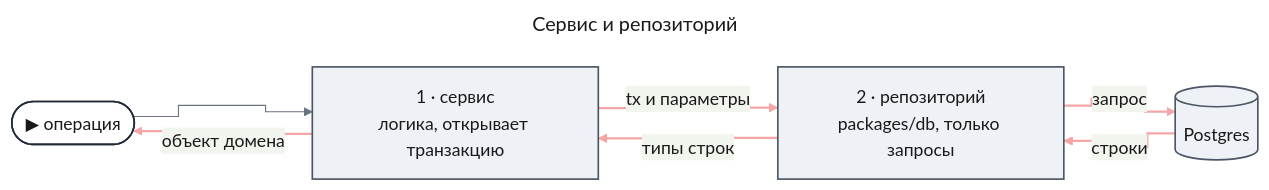
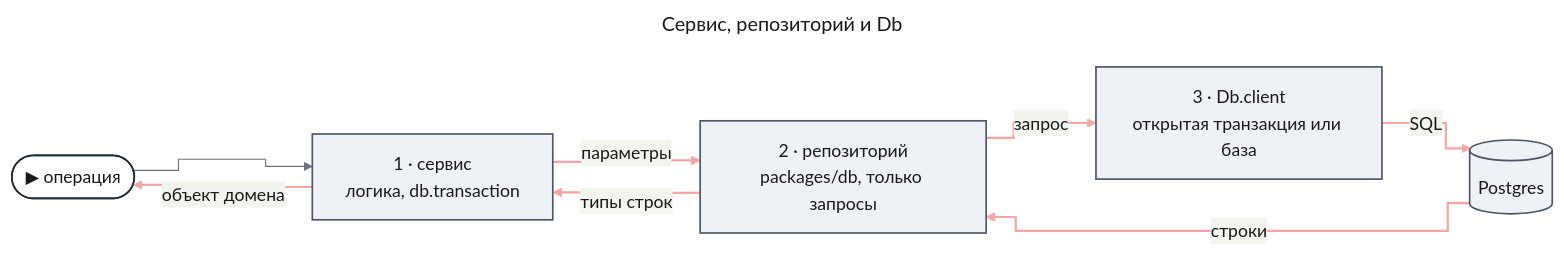
One commit to tundraray/agent-os changed the diagram in docs/code-system/patterns/repository-over-transaction.md. Above: the diagram before and after it, drawn with Mermaid. The commit also changed other lines of this file and 61 other files, not shown here.

````diff
--- a/docs/code-system/patterns/repository-over-transaction.md
+++ b/docs/code-system/patterns/repository-over-transaction.md
@@ -9,42 +9,46 @@
 ```mermaid
 ---
-title: "Сервис и репозиторий"
+title: "Сервис, репозиторий и Db"
 config:
   theme: base
   look: classic
   themeVariables:
     primaryColor: "#eef1f5"
     primaryBorderColor: "#4b5563"
     primaryTextColor: "#1a1a1a"
     lineColor: "#6b7280"
   flowchart:
     curve: step
   themeCSS: |
-    @keyframes lit_repo{0%,18%{stroke:#991b1b;stroke-width:6px}20%,100%{stroke:#f4a5a5;stroke-width:2px}}
+    @keyframes lit_repo{0%,15%{stroke:#991b1b;stroke-width:6px}16.67%,100%{stroke:#f4a5a5;stroke-width:2px}}
 ---
 flowchart LR
     entry(["▶ операция"])
-    svc["1 · сервис<br/>логика, открывает транзакцию"]
+    svc["1 · сервис<br/>логика, db.transaction"]
     repo["2 · репозиторий<br/>packages/db, только запросы"]
+    db["3 · Db.client<br/>открытая транзакция или база"]
     pg[("Postgres")]
     entry --> svc
-    svc e1@-->|"tx и параметры"| repo
-    repo e2@-->|"запрос"| pg
-    pg e3@-->|"строки"| repo
-    repo e4@-->|"типы строк"| svc
-    svc e5@-->|"объект домена"| entry
-    classDef w1 stroke:#f4a5a5,stroke-width:2px,animation:lit_repo 6s linear 0s infinite
-    classDef w2 stroke:#f4a5a5,stroke-width:2px,animation:lit_repo 6s linear 1.2s infinite
-    classDef w3 stroke:#f4a5a5,stroke-width:2px,animation:lit_repo 6s linear 2.4s infinite
-    classDef w4 stroke:#f4a5a5,stroke-width:2px,animation:lit_repo 6s linear 3.6s infinite
-    classDef w5 stroke:#f4a5a5,stroke-width:2px,animation:lit_repo 6s linear 4.8s infinite
+    svc e1@-->|"параметры"| repo
+    repo e2@-->|"запрос"| db
+    db e3@-->|"SQL"| pg
+    pg e4@-->|"строки"| repo
+    repo e5@-->|"типы строк"| svc
+    svc e6@-->|"объект домена"| entry
+    classDef w1 stroke:#f4a5a5,stroke-width:2px,animation:lit_repo 7.2s linear 0s infinite
+    classDef w2 stroke:#f4a5a5,stroke-width:2px,animation:lit_repo 7.2s linear 1.2s infinite
+    classDef w3 stroke:#f4a5a5,stroke-width:2px,animation:lit_repo 7.2s linear 2.4s infinite
+    classDef w4 stroke:#f4a5a5,stroke-width:2px,animation:lit_repo 7.2s linear 3.6s infinite
+    classDef w5 stroke:#f4a5a5,stroke-width:2px,animation:lit_repo 7.2s linear 4.8s infinite
+    classDef w6 stroke:#f4a5a5,stroke-width:2px,animation:lit_repo 7.2s linear 6s infinite
     class e1 w1
     class e2 w2
     class e3 w3
     class e4 w4
     class e5 w5
+    class e6 w6
     classDef entry fill:#ffffff,stroke:#1f2937,stroke-width:1.5px,color:#1a1a1a
     classDef unchanged fill:#eef1f5,stroke:#4b5563,stroke-width:1.5px,color:#1a1a1a
     class entry entry
-    class svc,repo,pg unchanged
+    class svc,repo,db,pg unchanged
 ```
````
